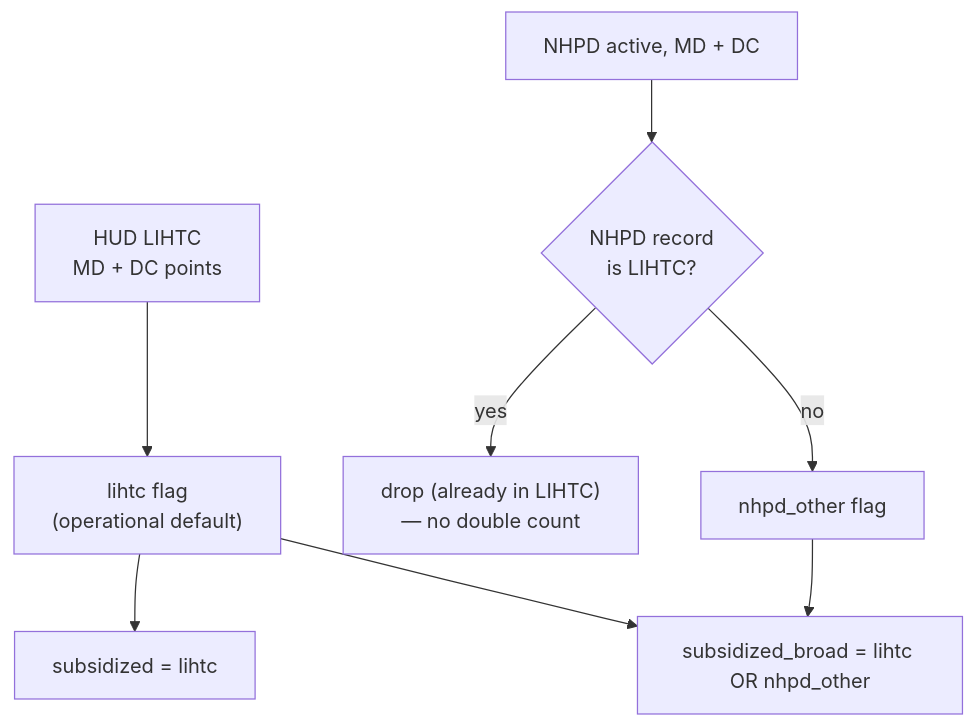
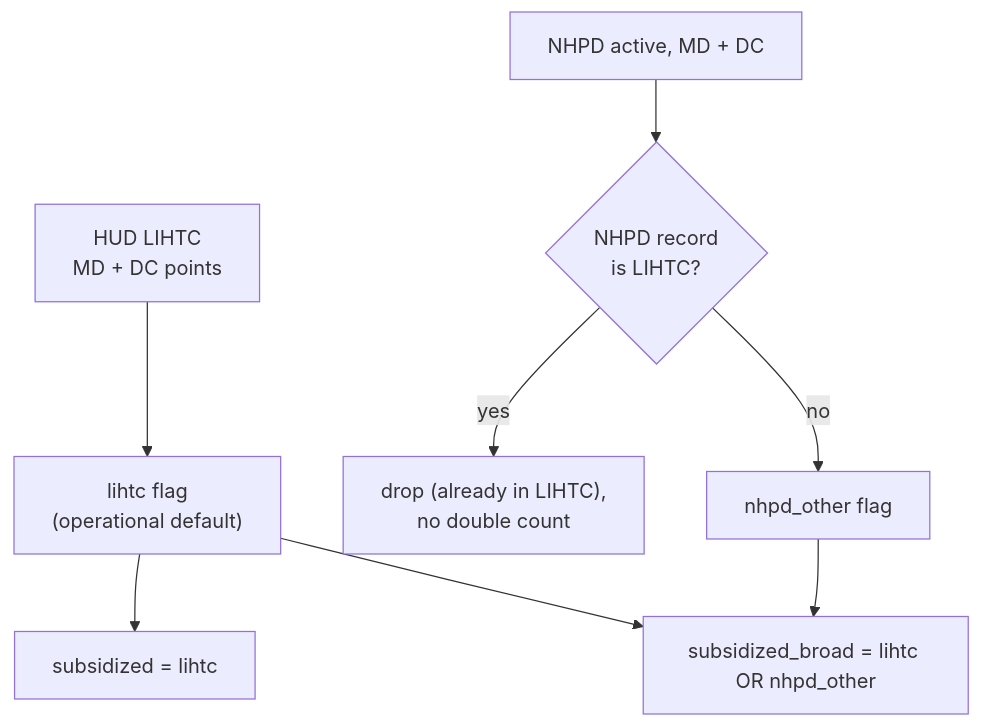
One commit to alibishokputov/green-gap-affordable-housing changed the eighth of 10 diagrams in data-methods.qmd. Above: the diagram before and after it, drawn with Mermaid. The commit also changed other lines of this file and 1 other file, not shown here.

````diff
--- a/data-methods.qmd
+++ b/data-methods.qmd
@@ -252,10 +252,10 @@
 ```{mermaid}
 flowchart TD
   A["HUD LIHTC<br/>MD + DC points"] --> L["lihtc flag<br/>(operational default)"]
   B["NHPD active, MD + DC"] --> D{"NHPD record<br/>is LIHTC?"}
-  D -->|yes| X["drop (already in LIHTC)<br/>— no double count"]
+  D -->|yes| X["drop (already in LIHTC),<br/>no double count"]
   D -->|no| N["nhpd_other flag"]
   L --> S["subsidized = lihtc"]
   L --> BR["subsidized_broad = lihtc OR nhpd_other"]
   N --> BR
 ```
````
